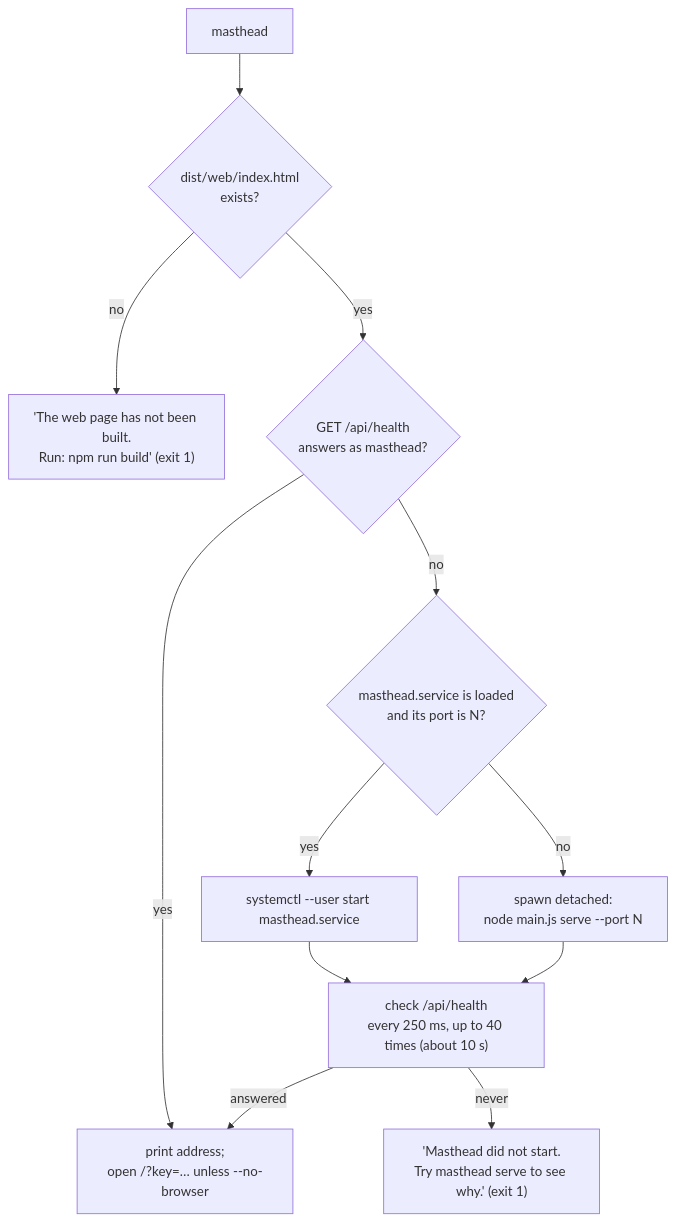
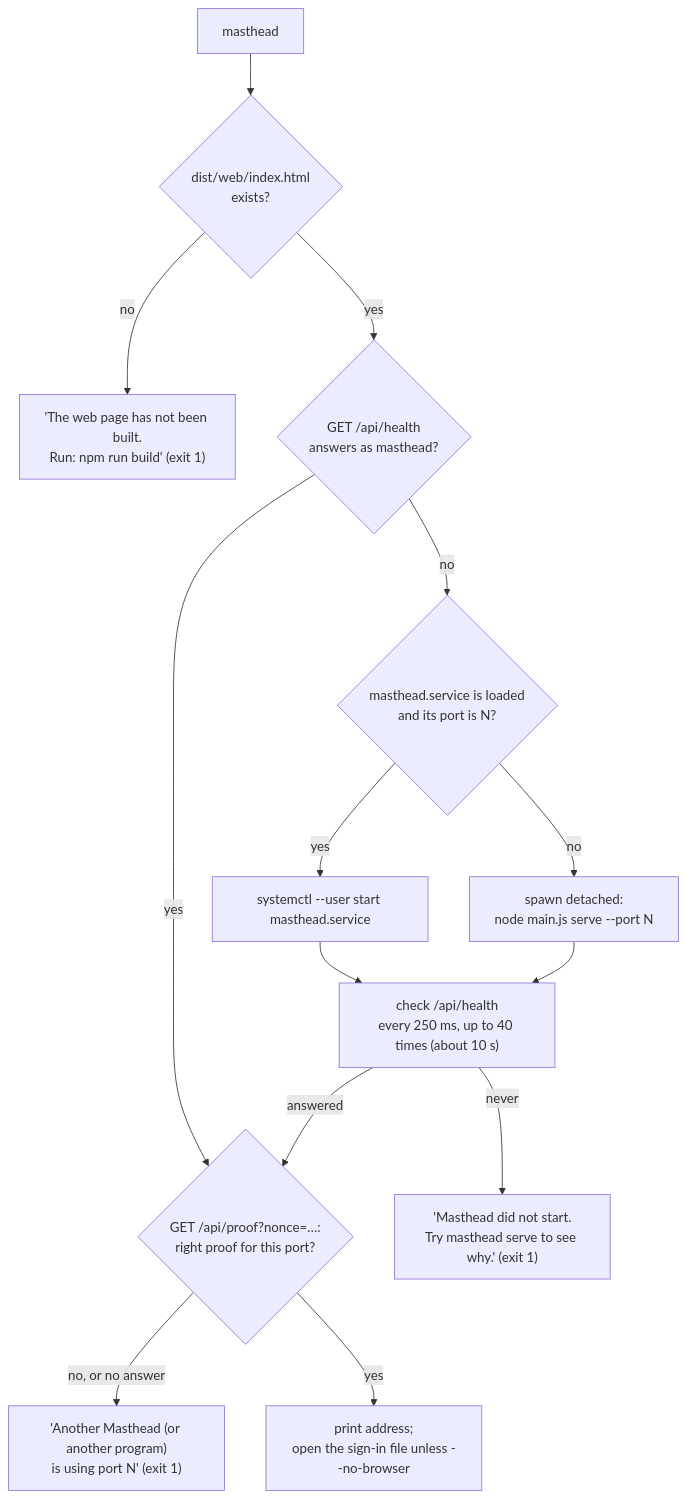
The diagram in docs/wiki/Command-Line-Launcher.md (Luxorium/masthead), drawn with Mermaid before and after one commit. The commit also changed other lines of this file and 66 other files, not shown here.

````diff
--- a/docs/wiki/Command-Line-Launcher.md
+++ b/docs/wiki/Command-Line-Launcher.md
@@ -26,14 +26,17 @@
 ```mermaid
 flowchart TD
   A[masthead] --> B{"dist/web/index.html<br/>exists?"}
   B -- no --> B1["'The web page has not been built.<br/>Run: npm run build' (exit 1)"]
   B -- yes --> C{"GET /api/health<br/>answers as masthead?"}
-  C -- yes --> OK
+  C -- yes --> Y
   C -- no --> D{"masthead.service is loaded<br/>and its port is N?"}
   D -- yes --> E["systemctl --user start masthead.service"]
   D -- no --> F["spawn detached:<br/>node main.js serve --port N"]
+  Y{"GET /api/proof?nonce=…:<br/>right proof for this port?"} -- "no, or no answer" --> Y1["'Another Masthead (or another program)<br/>is using port N' (exit 1)"]
+  Y -- yes --> OK
   E --> W["check /api/health<br/>every 250 ms, up to 40 times (about 10 s)"]
   F --> W
-  W -- answered --> OK["print address;<br/>open /?key=… unless --no-browser"]
+  W -- answered --> Y
+  OK["print address;<br/>open the sign-in file unless --no-browser"]
   W -- never --> X["'Masthead did not start.<br/>Try masthead serve to see why.' (exit 1)"]
 ```
````
